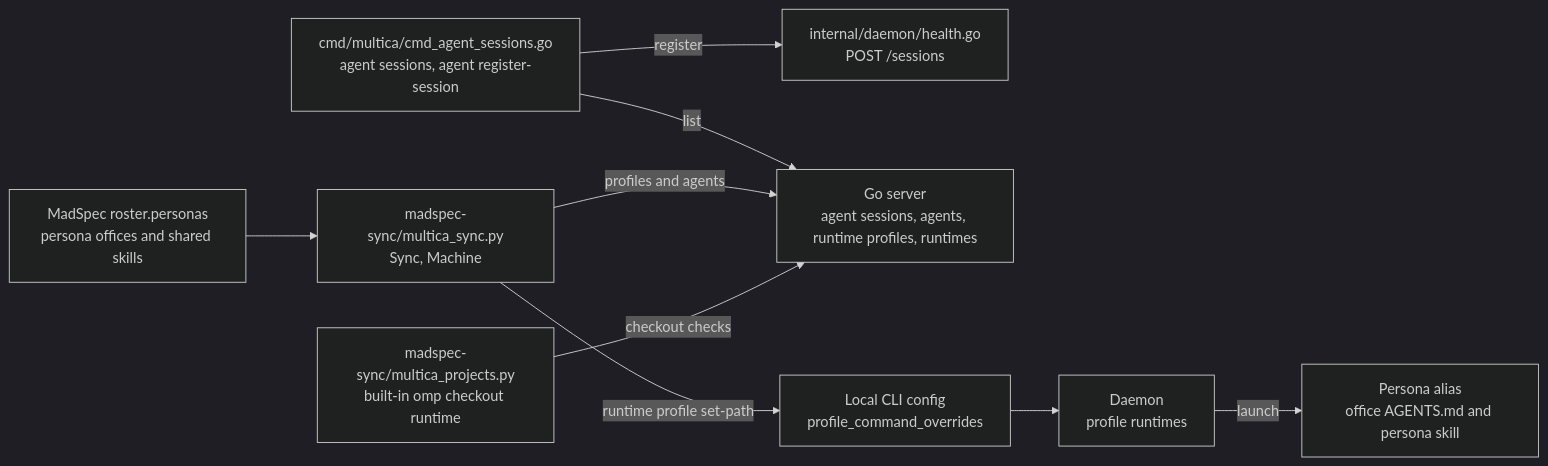
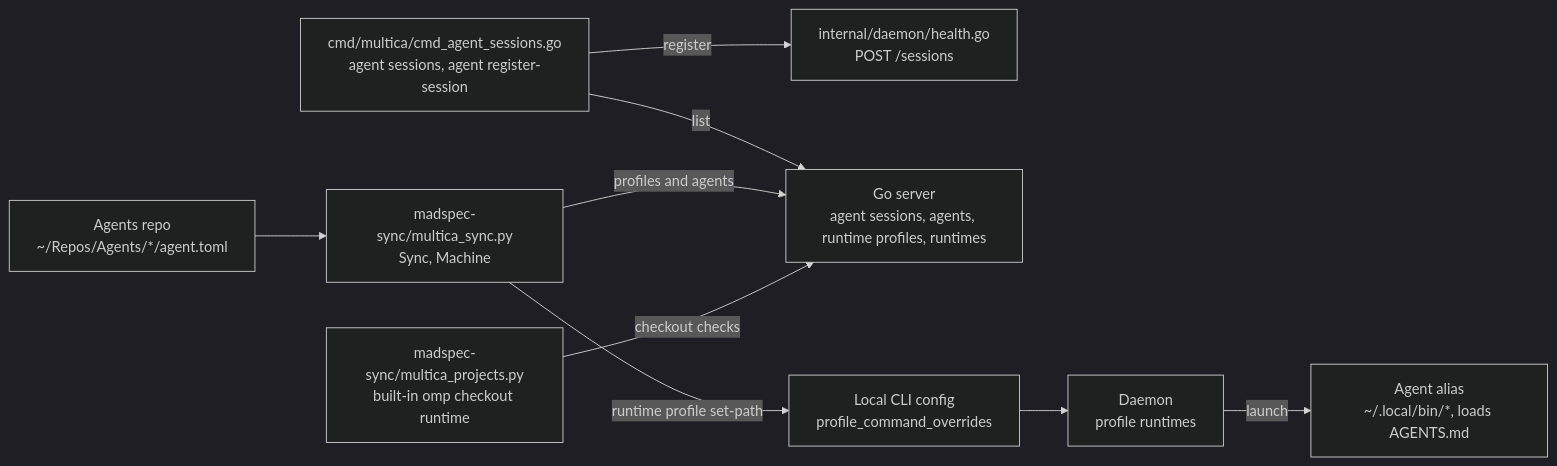
The fifth of 12 diagrams in specs/docs/system-design.md (appboypov/multica), drawn with Mermaid (dark theme) before and after one commit. The commit also changed other lines of this file and 8 other files, not shown here.

Commit message:
feat(sync): run agents-repo agents through their alias profiles (WORK-1088)

````diff
--- a/specs/docs/system-design.md
+++ b/specs/docs/system-design.md
@@ -368,21 +368,21 @@
 ```mermaid
 flowchart LR
   sessions["cmd/multica/cmd_agent_sessions.go<br/>agent sessions, agent register-session"]
   local["internal/daemon/health.go<br/>POST /sessions"]
   api["Go server<br/>agent sessions, agents, runtime profiles, runtimes"]
   sync["madspec-sync/multica_sync.py<br/>Sync, Machine"]
-  roster["MadSpec roster.personas<br/>persona offices and shared skills"]
+  roster["Agents repo<br/>~/Repos/Agents/*/agent.toml"]
   config["Local CLI config<br/>profile_command_overrides"]
   daemon["Daemon<br/>profile runtimes"]
-  alias["Persona alias<br/>office AGENTS.md and persona skill"]
+  alias["Agent alias<br/>~/.local/bin/*, loads AGENTS.md"]
   projects["madspec-sync/multica_projects.py<br/>built-in omp checkout runtime"]
 
   sessions -->|"list"| api
   sessions -->|"register"| local
   roster --> sync
   sync -->|"profiles and agents"| api
   sync -->|"runtime profile set-path"| config
   config --> daemon
   daemon -->|"launch"| alias
   projects -->|"checkout checks"| api
 ```
````
